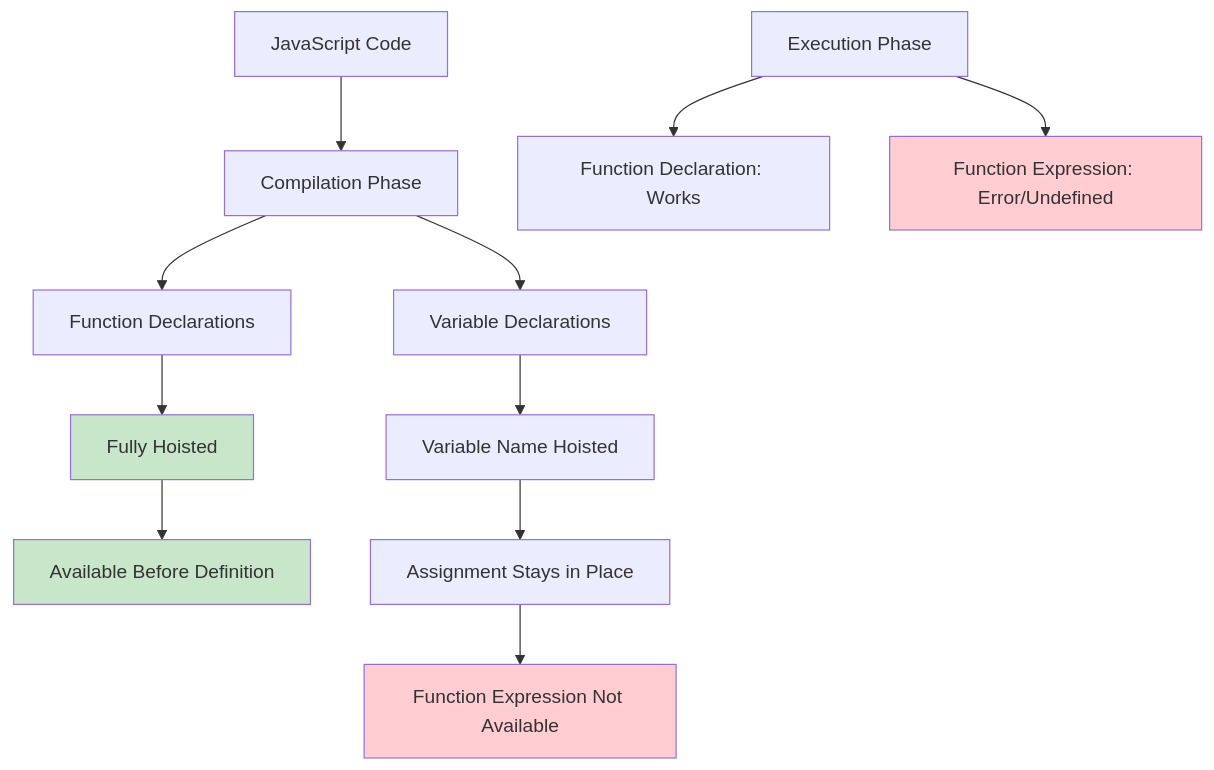
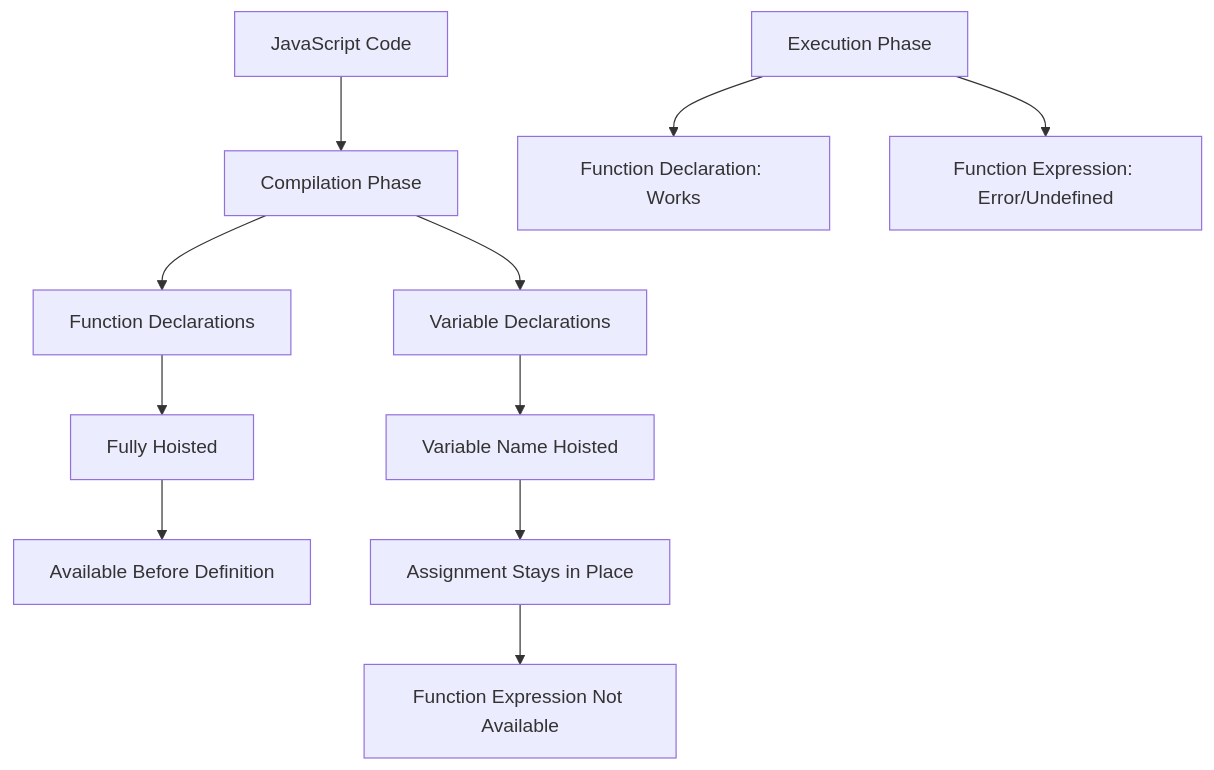
One commit to shapkarin/shapkarin.me changed the diagram in public/api/articles/function-declaration-vs-expression.md. Above: the diagram before and after it, drawn with Mermaid. The commit also changed other lines of this file and 67 other files, not shown here.

````diff
--- a/public/api/articles/function-declaration-vs-expression.md
+++ b/public/api/articles/function-declaration-vs-expression.md
@@ -35,21 +39,16 @@
 ```mermaid
 graph TD
     A[JavaScript Code] --> B[Compilation Phase]
     B --> C[Function Declarations]
     B --> D[Variable Declarations]
     
     C --> E[Fully Hoisted]
     E --> F[Available Before Definition]
     
     D --> G[Variable Name Hoisted]
     G --> H[Assignment Stays in Place]
     H --> I[Function Expression Not Available]
     
     J[Execution Phase] --> K[Function Declaration: Works]
     J --> L[Function Expression: Error/Undefined]
-    
-    style E fill:#c8e6c9
-    style F fill:#c8e6c9
-    style I fill:#ffcdd2
-    style L fill:#ffcdd2
 ```
````
